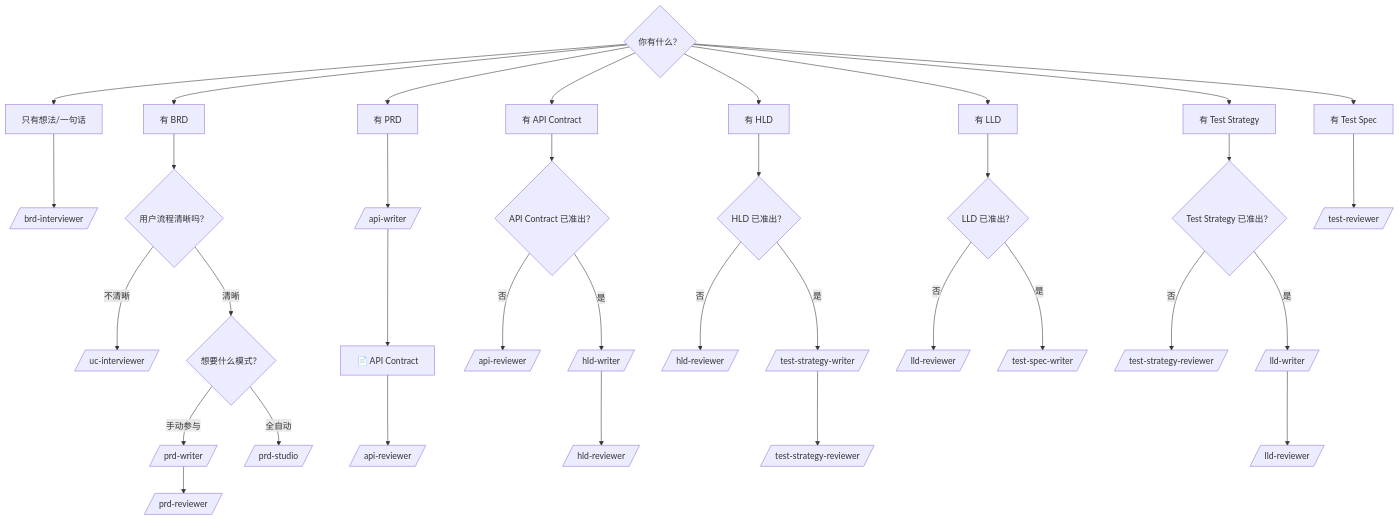
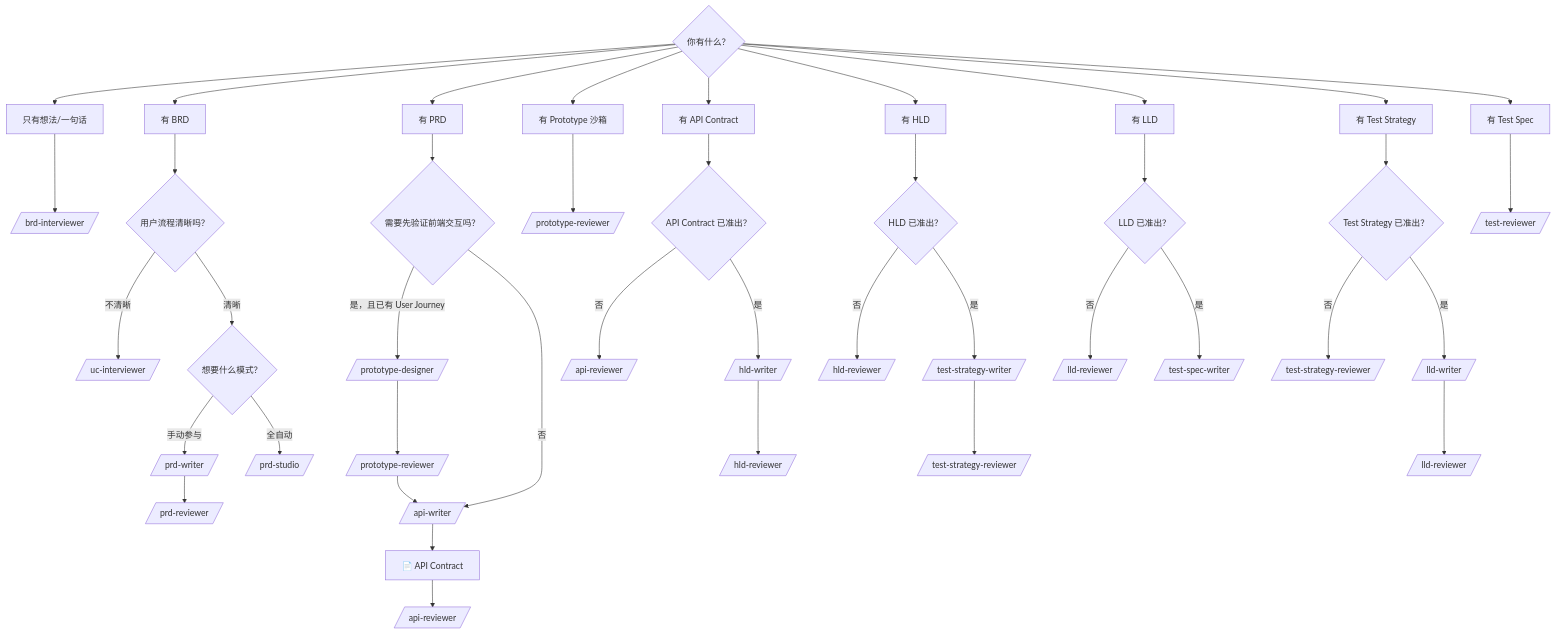
Before and after one commit to walternater/testany-agent-skills: the third of 3 diagrams in plugins/testany-eng/README.md, drawn with Mermaid. The commit also changed other lines of this file and 45 other files, not shown here.

````diff
--- a/plugins/testany-eng/README.md
+++ b/plugins/testany-eng/README.md
@@ -124,45 +136,52 @@
 ```mermaid
 flowchart TD
     Start{你有什么？} --> A[只有想法/一句话]
     Start --> B[有 BRD]
     Start --> C[有 PRD]
-    Start --> D[有 API Contract]
-    Start --> E[有 HLD]
-    Start --> F[有 LLD]
-    Start --> G[有 Test Strategy]
-    Start --> H[有 Test Spec]
+    Start --> D[有 Prototype 沙箱]
+    Start --> E[有 API Contract]
+    Start --> F[有 HLD]
+    Start --> G[有 LLD]
+    Start --> H[有 Test Strategy]
+    Start --> I[有 Test Spec]
 
     A --> A1[/brd-interviewer/]
 
     B --> B1{用户流程清晰吗？}
     B1 -->|不清晰| B2[/uc-interviewer/]
     B1 -->|清晰| B3{想要什么模式？}
     B3 -->|手动参与| B4[/prd-writer/]
     B3 -->|全自动| B5[/prd-studio/]
     B4 --> B6[/prd-reviewer/]
 
-    C --> C1[/api-writer/]
-    C1 --> C2[📄 API Contract]
-    C2 --> C3[/api-reviewer/]
+    C --> C1{需要先验证前端交互吗？}
+    C1 -->|是，且已有 User Journey| C2[/prototype-designer/]
+    C2 --> C3[/prototype-reviewer/]
+    C3 --> C4[/api-writer/]
+    C1 -->|否| C4[/api-writer/]
+    C4 --> C5[📄 API Contract]
+    C5 --> C6[/api-reviewer/]
 
-    D --> D1{API Contract 已准出？}
-    D1 -->|否| D2[/api-reviewer/]
-    D1 -->|是| D3[/hld-writer/]
-    D3 --> D4[/hld-reviewer/]
+    D --> D1[/prototype-reviewer/]
 
-    E --> E1{HLD 已准出？}
-    E1 -->|否| E2[/hld-reviewer/]
-    E1 -->|是| E3[/test-strategy-writer/]
-    E3 --> E4[/test-strategy-reviewer/]
+    E --> E1{API Contract 已准出？}
+    E1 -->|否| E2[/api-reviewer/]
+    E1 -->|是| E3[/hld-writer/]
+    E3 --> E4[/hld-reviewer/]
 
-    F --> F1{LLD 已准出？}
-    F1 -->|否| F2[/lld-reviewer/]
-    F1 -->|是| F3[/test-spec-writer/]
+    F --> F1{HLD 已准出？}
+    F1 -->|否| F2[/hld-reviewer/]
+    F1 -->|是| F3[/test-strategy-writer/]
+    F3 --> F4[/test-strategy-reviewer/]
 
-    G --> G1{Test Strategy 已准出？}
-    G1 -->|否| G2[/test-strategy-reviewer/]
-    G1 -->|是| G3[/lld-writer/]
-    G3 --> G4[/lld-reviewer/]
+    G --> G1{LLD 已准出？}
+    G1 -->|否| G2[/lld-reviewer/]
+    G1 -->|是| G3[/test-spec-writer/]
 
-    H --> H1[/test-reviewer/]
+    H --> H1{Test Strategy 已准出？}
+    H1 -->|否| H2[/test-strategy-reviewer/]
+    H1 -->|是| H3[/lld-writer/]
+    H3 --> H4[/lld-reviewer/]
+
+    I --> I1[/test-reviewer/]
 ```
````
